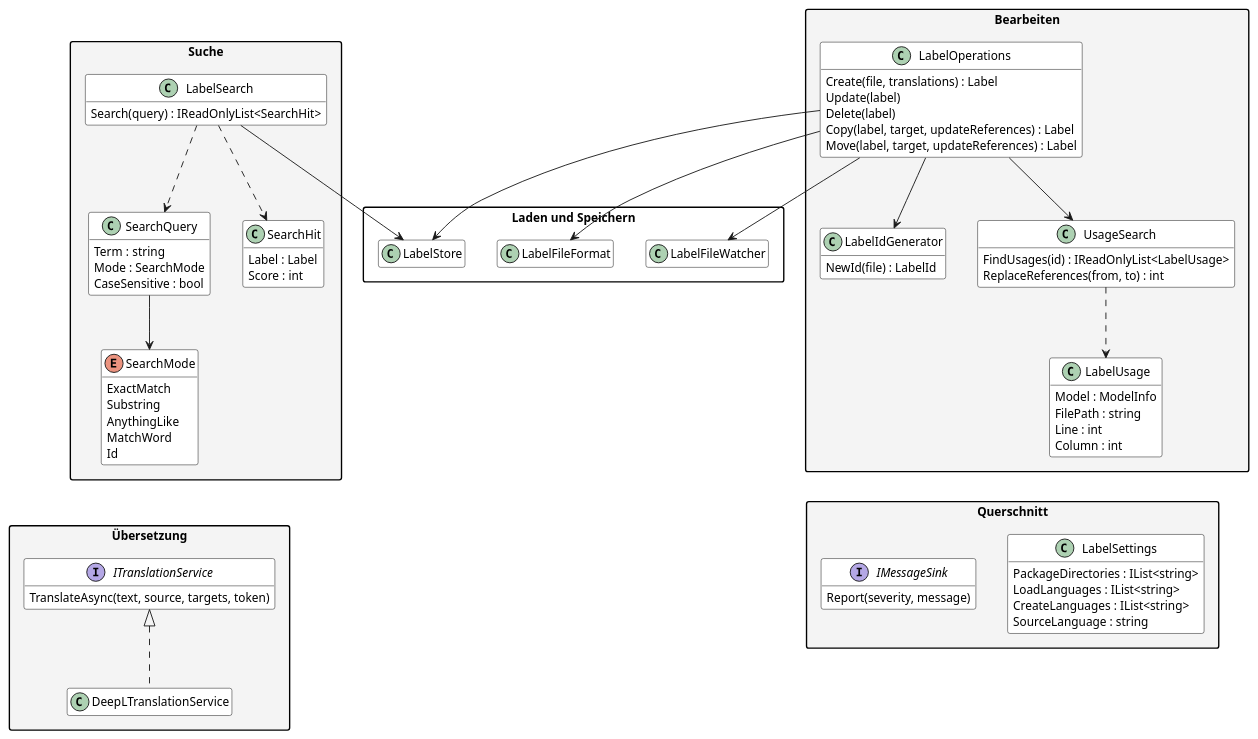
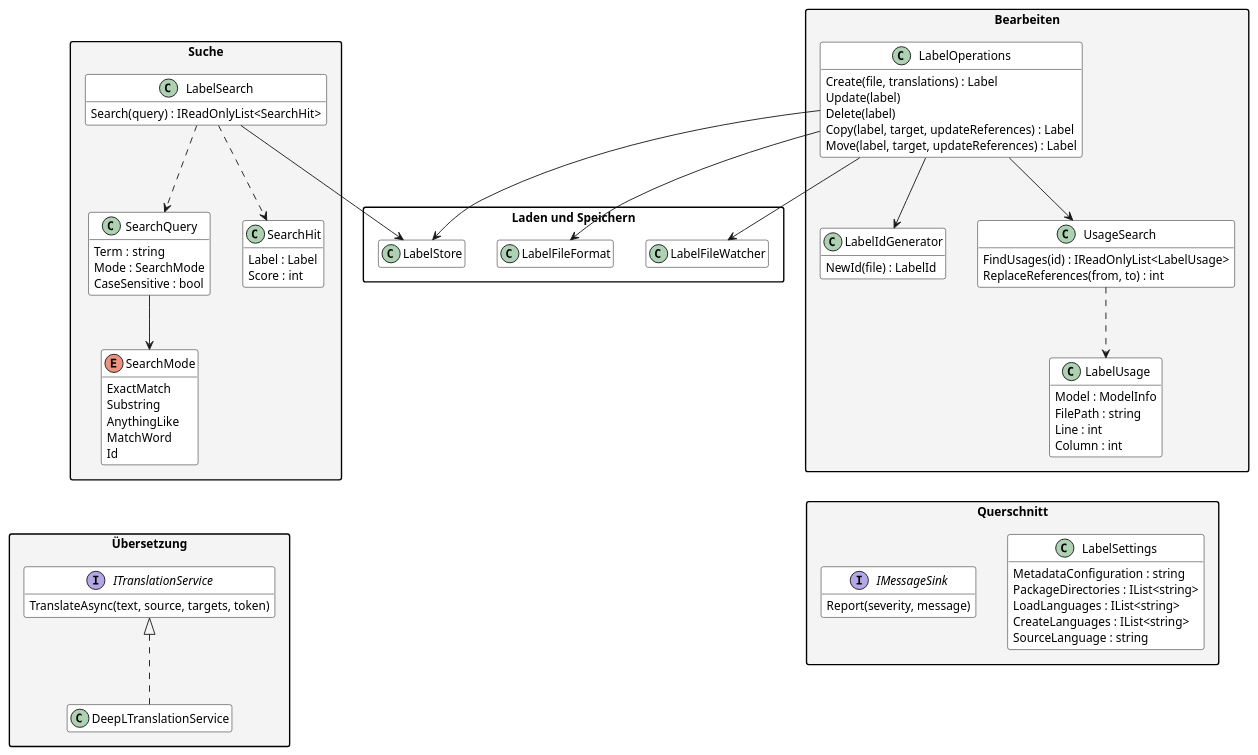
Before and after one commit to Adyrem/diploma-label-localization: the diagram in documentation/diagrams/Klassen_Bearbeiten.puml, drawn with PlantUML. The commit also changed 13 other files, not shown here.

```diff
--- a/documentation/diagrams/Klassen_Bearbeiten.puml
+++ b/documentation/diagrams/Klassen_Bearbeiten.puml
@@ -1,105 +1,106 @@
 @startuml
 ' Klassenmodell der Kernlogik, Teil 2: Suche, Bearbeiten, Übersetzung, Querschnitt.
 ' Klassen aus Teil 1 erscheinen ohne Members im weissen Paket.
 ' Rendern: plantuml -tpng -charset UTF-8 Klassen_Bearbeiten.puml
 
 skinparam defaultFontSize 13
 skinparam classAttributeIconSize 0
 skinparam shadowing false
 skinparam packageStyle rectangle
 skinparam class {
   BackgroundColor White
   BorderColor Black
 }
 skinparam package {
   BackgroundColor #F4F4F4
 }
 hide empty members
 
 package "Suche" {
   class LabelSearch {
     Search(query) : IReadOnlyList<SearchHit>
   }
   class SearchQuery {
     Term : string
     Mode : SearchMode
     CaseSensitive : bool
   }
   enum SearchMode {
     ExactMatch
     Substring
     AnythingLike
     MatchWord
     Id
   }
   class SearchHit {
     Label : Label
     Score : int
   }
 }
 
 package "Bearbeiten" {
   class LabelOperations {
     Create(file, translations) : Label
     Update(label)
     Delete(label)
     Copy(label, target, updateReferences) : Label
     Move(label, target, updateReferences) : Label
   }
   class LabelIdGenerator {
     NewId(file) : LabelId
   }
   class UsageSearch {
     FindUsages(id) : IReadOnlyList<LabelUsage>
     ReplaceReferences(from, to) : int
   }
   class LabelUsage {
     Model : ModelInfo
     FilePath : string
     Line : int
     Column : int
   }
 }
 
 package "Übersetzung" {
   interface ITranslationService {
     TranslateAsync(text, source, targets, token)
   }
   class DeepLTranslationService
 }
 
 package "Querschnitt" {
   class LabelSettings {
+    MetadataConfiguration : string
     PackageDirectories : IList<string>
     LoadLanguages : IList<string>
     CreateLanguages : IList<string>
     SourceLanguage : string
   }
   interface IMessageSink {
     Report(severity, message)
   }
 }
 
 package "Laden und Speichern" #FFFFFF {
   class LabelStore
   class LabelFileFormat
   class LabelFileWatcher
 }
 
 LabelSearch --> LabelStore
 LabelSearch ..> SearchQuery
 LabelSearch ..> SearchHit
 SearchQuery --> SearchMode
 
 LabelOperations --> LabelIdGenerator
 LabelOperations --> UsageSearch
 LabelOperations --> LabelStore
 LabelOperations --> LabelFileFormat
 LabelOperations --> LabelFileWatcher
 UsageSearch ..> LabelUsage
 
 ITranslationService <|.. DeepLTranslationService
 
 SearchMode -[hidden]down- ITranslationService
 LabelUsage -[hidden]down- LabelSettings
 @enduml
```
